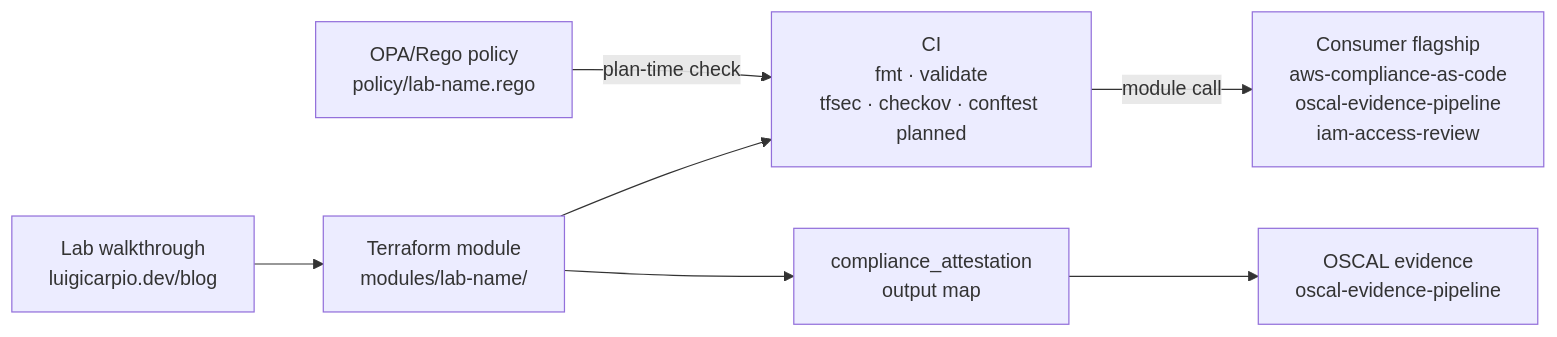
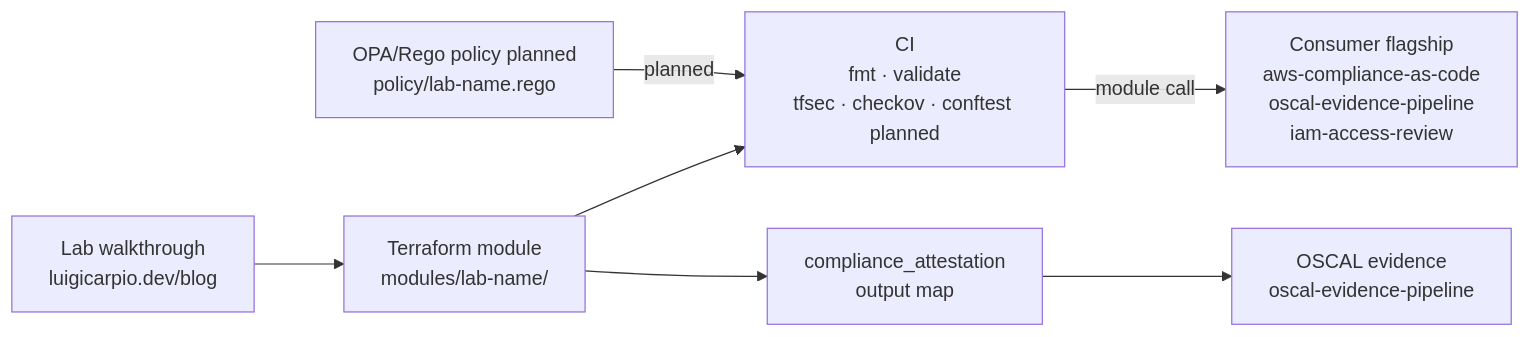
The diagram in README.md (0xBahalaNa/aws-grc-terraform-modules), drawn with Mermaid before and after one commit. The commit also changed other lines of this file, not shown here.

Commit message:
docs: mark OPA/Rego policies as planned (#22)

````diff
--- a/README.md
+++ b/README.md
@@ -24,9 +23,9 @@
 ```mermaid
 graph LR
     A[Lab walkthrough<br/>luigicarpio.dev/blog] --> B[Terraform module<br/>modules/lab-name/]
     B --> C[CI<br/>fmt · validate<br/>tfsec · checkov · conftest planned]
     C -->|module call| D[Consumer flagship<br/>aws-compliance-as-code<br/>oscal-evidence-pipeline<br/>iam-access-review]
     B --> E[compliance_attestation<br/>output map]
     E --> F[OSCAL evidence<br/>oscal-evidence-pipeline]
-    G[OPA/Rego policy<br/>policy/lab-name.rego] -->|plan-time check| C
+    G[OPA/Rego policy planned<br/>policy/lab-name.rego] -->|planned| C
 ```
````
